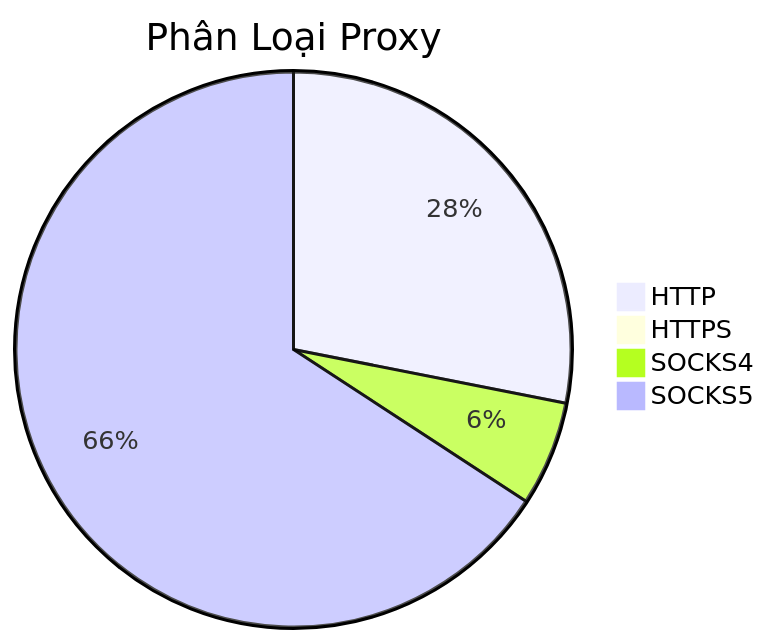
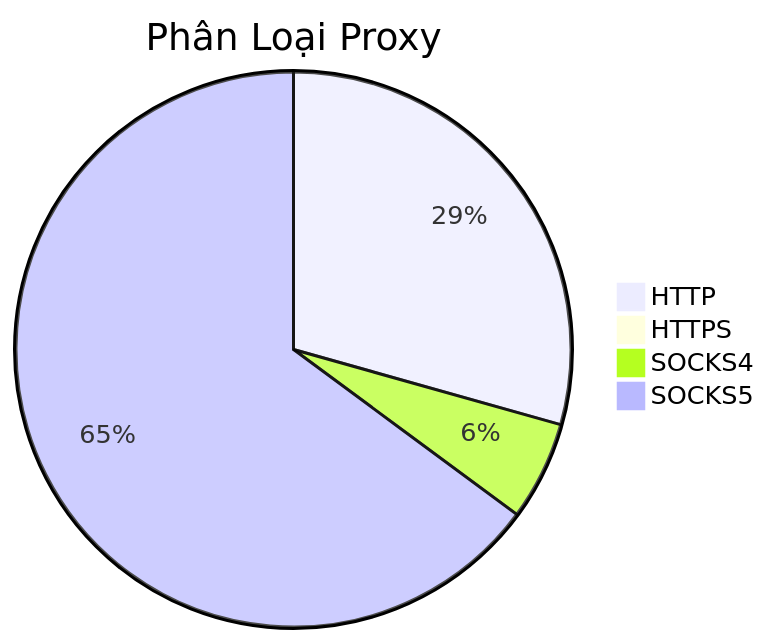
One commit to Ciara-12/PROXY-free changed the diagram in README.md. Above: the diagram before and after it, drawn with Mermaid. The commit also changed other lines of this file and 3 other files, not shown here.

````diff
--- a/README.md
+++ b/README.md
@@ -26,7 +26,7 @@
 ```mermaid
 pie title Phân Loại Proxy
-    "HTTP" : 1464
+    "HTTP" : 1631
     "HTTPS" : 0
-    "SOCKS4" : 318
-    "SOCKS5" : 3428
+    "SOCKS4" : 320
+    "SOCKS5" : 3603
 ```
````
